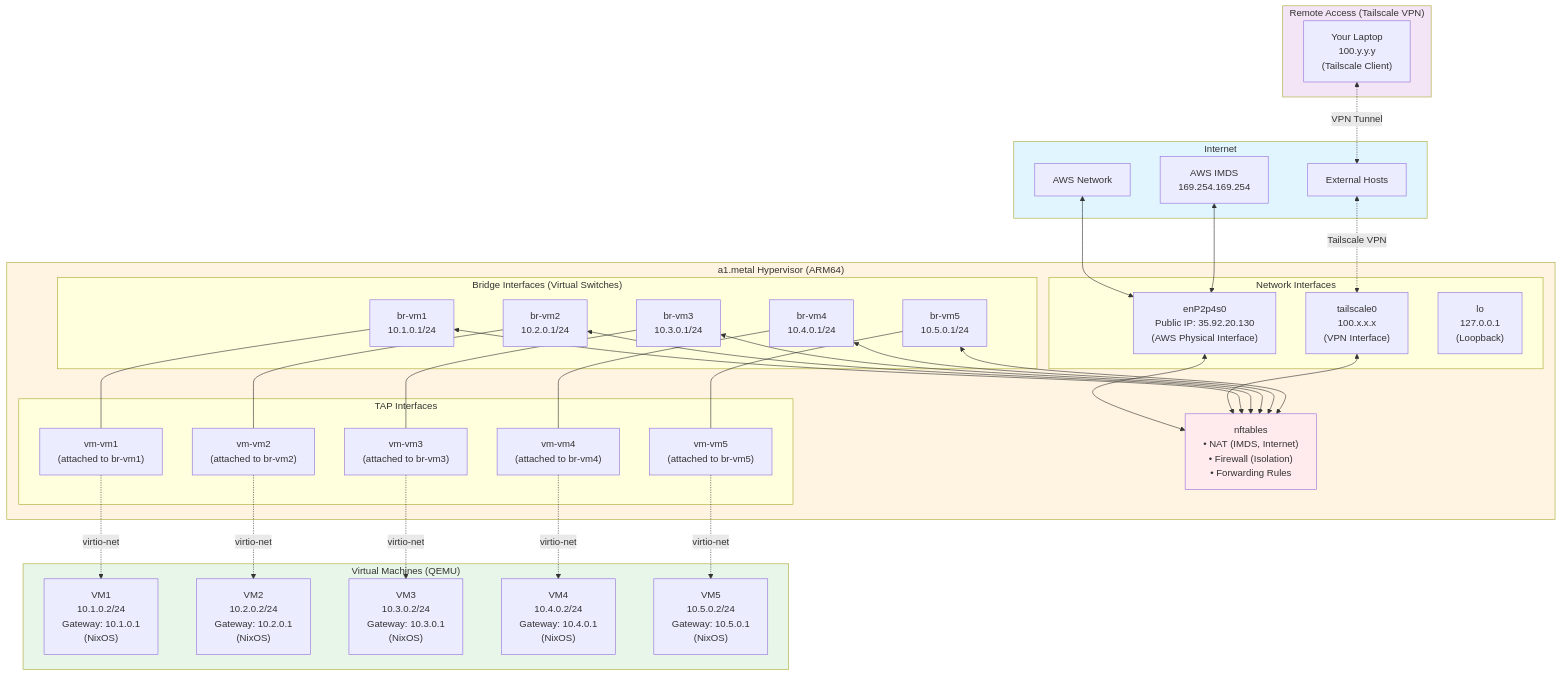
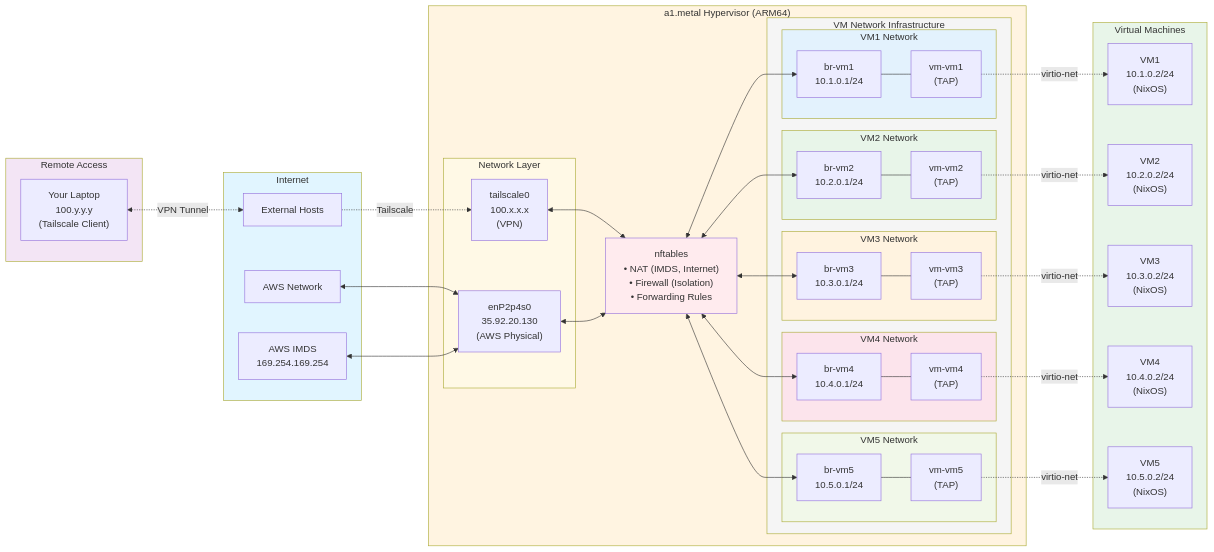
The first of 11 diagrams in NETWORK-TOPOLOGY.md (r33drichards/simple-microvm-infra), drawn with Mermaid before and after one commit.

Commit message:
Update NETWORK-TOPOLOGY.md to enhance network diagram structure and clarity. Changed diagram orientation to left-to-right, reorganized subgraphs for better visualization, and added detailed connections for VM networks and nftables integration.

````diff
--- a/NETWORK-TOPOLOGY.md
+++ b/NETWORK-TOPOLOGY.md
@@ -17,83 +17,102 @@
 ```mermaid
-graph TB
+graph LR
+    subgraph Remote["Remote Access"]
+        Laptop["Your Laptop<br/>100.y.y.y<br/>(Tailscale Client)"]
+    end
+
     subgraph Internet["Internet"]
+        External["External Hosts"]
         AWS["AWS Network"]
         IMDS["AWS IMDS<br/>169.254.169.254"]
-        External["External Hosts"]
     end
 
     subgraph Hypervisor["a1.metal Hypervisor (ARM64)"]
-        subgraph Interfaces["Network Interfaces"]
-            enP2p4s0["enP2p4s0<br/>Public IP: 35.92.20.130<br/>(AWS Physical Interface)"]
-            tailscale0["tailscale0<br/>100.x.x.x<br/>(VPN Interface)"]
-            lo["lo<br/>127.0.0.1<br/>(Loopback)"]
-        end
-
-        subgraph Bridges["Bridge Interfaces (Virtual Switches)"]
-            br1["br-vm1<br/>10.1.0.1/24"]
-            br2["br-vm2<br/>10.2.0.1/24"]
-            br3["br-vm3<br/>10.3.0.1/24"]
-            br4["br-vm4<br/>10.4.0.1/24"]
-            br5["br-vm5<br/>10.5.0.1/24"]
-        end
-
-        subgraph TAP["TAP Interfaces"]
-            tap1["vm-vm1<br/>(attached to br-vm1)"]
-            tap2["vm-vm2<br/>(attached to br-vm2)"]
-            tap3["vm-vm3<br/>(attached to br-vm3)"]
-            tap4["vm-vm4<br/>(attached to br-vm4)"]
-            tap5["vm-vm5<br/>(attached to br-vm5)"]
+        subgraph NetLayer["Network Layer"]
+            tailscale0["tailscale0<br/>100.x.x.x<br/>(VPN)"]
+            enP2p4s0["enP2p4s0<br/>35.92.20.130<br/>(AWS Physical)"]
         end
 
         nftables["nftables<br/>• NAT (IMDS, Internet)<br/>• Firewall (Isolation)<br/>• Forwarding Rules"]
+
+        subgraph VMNetwork["VM Network Infrastructure"]
+            subgraph VM1Net["VM1 Network"]
+                br1["br-vm1<br/>10.1.0.1/24"]
+                tap1["vm-vm1<br/>(TAP)"]
+            end
+
+            subgraph VM2Net["VM2 Network"]
+                br2["br-vm2<br/>10.2.0.1/24"]
+                tap2["vm-vm2<br/>(TAP)"]
+            end
+
+            subgraph VM3Net["VM3 Network"]
+                br3["br-vm3<br/>10.3.0.1/24"]
+                tap3["vm-vm3<br/>(TAP)"]
+            end
+
+            subgraph VM4Net["VM4 Network"]
+                br4["br-vm4<br/>10.4.0.1/24"]
+                tap4["vm-vm4<br/>(TAP)"]
+            end
+
+            subgraph VM5Net["VM5 Network"]
+                br5["br-vm5<br/>10.5.0.1/24"]
+                tap5["vm-vm5<br/>(TAP)"]
+            end
+        end
     end
 
-    subgraph VMs["Virtual Machines (QEMU)"]
-        VM1["VM1<br/>10.1.0.2/24<br/>Gateway: 10.1.0.1<br/>(NixOS)"]
-        VM2["VM2<br/>10.2.0.2/24<br/>Gateway: 10.2.0.1<br/>(NixOS)"]
-        VM3["VM3<br/>10.3.0.2/24<br/>Gateway: 10.3.0.1<br/>(NixOS)"]
-        VM4["VM4<br/>10.4.0.2/24<br/>Gateway: 10.4.0.1<br/>(NixOS)"]
-        VM5["VM5<br/>10.5.0.2/24<br/>Gateway: 10.5.0.1<br/>(NixOS)"]
+    subgraph VMs["Virtual Machines"]
+        VM1["VM1<br/>10.1.0.2/24<br/>(NixOS)"]
+        VM2["VM2<br/>10.2.0.2/24<br/>(NixOS)"]
+        VM3["VM3<br/>10.3.0.2/24<br/>(NixOS)"]
+        VM4["VM4<br/>10.4.0.2/24<br/>(NixOS)"]
+        VM5["VM5<br/>10.5.0.2/24<br/>(NixOS)"]
     end
 
-    subgraph Remote["Remote Access (Tailscale VPN)"]
-        Laptop["Your Laptop<br/>100.y.y.y<br/>(Tailscale Client)"]
-    end
+    %% Remote to Internet
+    Laptop <-.VPN Tunnel.-> External
 
-    %% External connections
+    %% Internet to Hypervisor
+    External -.Tailscale.-> tailscale0
     AWS <--> enP2p4s0
     IMDS <--> enP2p4s0
-    External <-.Tailscale VPN.-> tailscale0
 
-    %% Bridge to TAP connections
+    %% Network interfaces to nftables
+    tailscale0 <--> nftables
+    enP2p4s0 <--> nftables
+
+    %% nftables to bridges (organized to avoid crossings)
+    nftables <--> br1
+    nftables <--> br2
+    nftables <--> br3
+    nftables <--> br4
+    nftables <--> br5
+
+    %% Bridges to TAPs (within each network)
     br1 --- tap1
     br2 --- tap2
     br3 --- tap3
     br4 --- tap4
     br5 --- tap5
 
-    %% TAP to VM connections (virtio-net)
+    %% TAPs to VMs (virtio-net)
     tap1 -.virtio-net.-> VM1
     tap2 -.virtio-net.-> VM2
     tap3 -.virtio-net.-> VM3
     tap4 -.virtio-net.-> VM4
     tap5 -.virtio-net.-> VM5
 
-    %% Traffic routing through nftables
-    enP2p4s0 <--> nftables
-    tailscale0 <--> nftables
-    br1 <--> nftables
-    br2 <--> nftables
-    br3 <--> nftables
-    br4 <--> nftables
-    br5 <--> nftables
-
-    %% Remote access
-    Laptop <-.VPN Tunnel.-> External
-
+    style Remote fill:#f3e5f5
     style Internet fill:#e1f5ff
     style Hypervisor fill:#fff4e1
+    style NetLayer fill:#fff9e6
+    style nftables fill:#ffebee
+    style VMNetwork fill:#f5f5f5
+    style VM1Net fill:#e3f2fd
+    style VM2Net fill:#e8f5e9
+    style VM3Net fill:#fff3e0
+    style VM4Net fill:#fce4ec
+    style VM5Net fill:#f1f8e9
     style VMs fill:#e8f5e9
-    style Remote fill:#f3e5f5
-    style nftables fill:#ffebee
 ```
````
